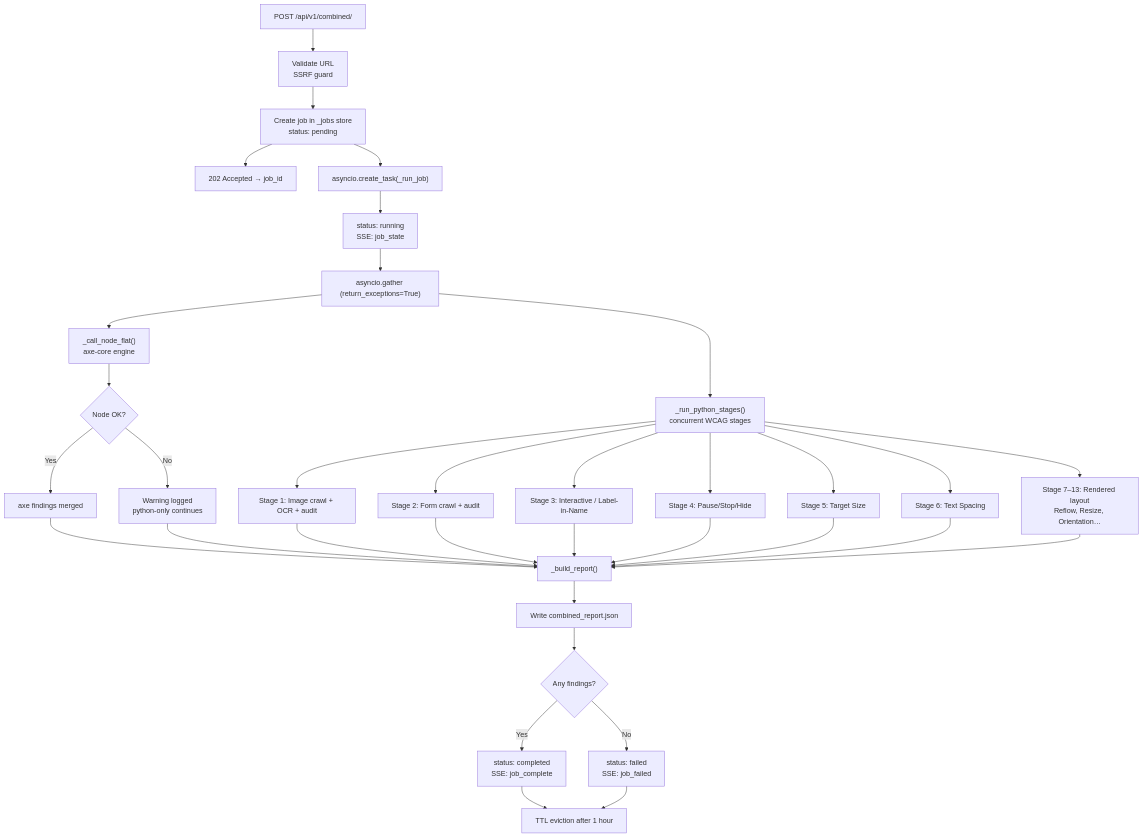
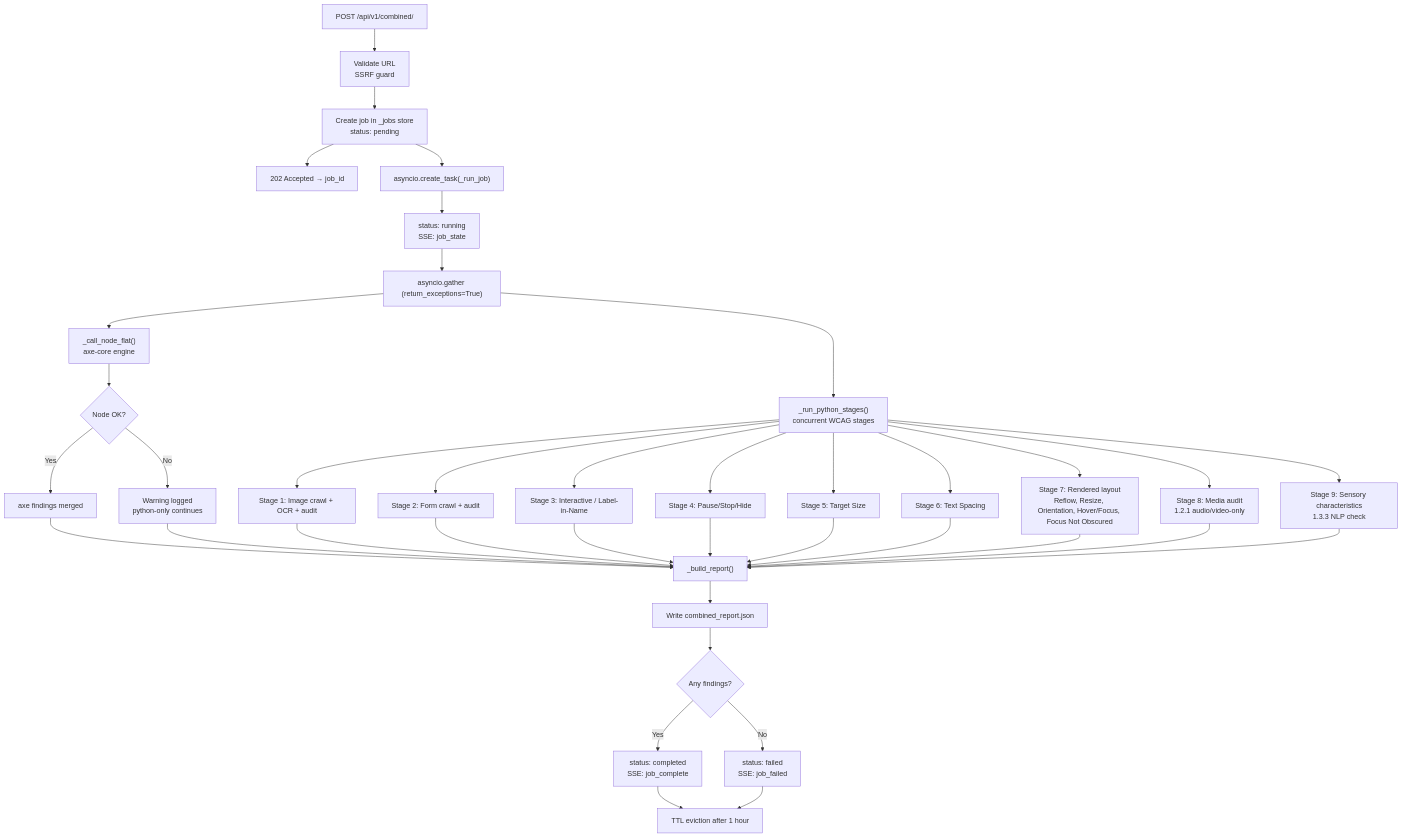
The third of 8 diagrams in ka11y-docs/architecture.mdx (Sanjaypranavbc/ka11y), drawn with Mermaid before and after one commit. The commit also changed other lines of this file and 7 other files, not shown here.

````diff
--- a/ka11y-docs/architecture.mdx
+++ b/ka11y-docs/architecture.mdx
@@ -96,41 +96,45 @@
 ```mermaid
 graph TD
     A["POST /api/v1/combined/"] --> B["Validate URL\nSSRF guard"]
     B --> C["Create job in _jobs store\nstatus: pending"]
     C --> D["202 Accepted → job_id"]
     C --> E["asyncio.create_task(_run_job)"]
     E --> F["status: running\nSSE: job_state"]
 
     F --> G["asyncio.gather (return_exceptions=True)"]
     G --> H["_call_node_flat()\naxe-core engine"]
     G --> I["_run_python_stages()\nconcurrent WCAG stages"]
 
     H --> J{Node OK?}
     J -->|Yes| K["axe findings merged"]
     J -->|No| L["Warning logged\npython-only continues"]
 
     I --> M["Stage 1: Image crawl + OCR + audit"]
     I --> N["Stage 2: Form crawl + audit"]
     I --> O["Stage 3: Interactive / Label-in-Name"]
     I --> P["Stage 4: Pause/Stop/Hide"]
     I --> Q["Stage 5: Target Size"]
     I --> R["Stage 6: Text Spacing"]
-    I --> S["Stage 7–13: Rendered layout\nReflow, Resize, Orientation…"]
+    I --> S["Stage 7: Rendered layout\nReflow, Resize, Orientation, Hover/Focus, Focus Not Obscured"]
+    I --> S1["Stage 8: Media audit\n1.2.1 audio/video-only"]
+    I --> S2["Stage 9: Sensory characteristics\n1.3.3 NLP check"]
 
     K --> T["_build_report()"]
     L --> T
     M --> T
     N --> T
     O --> T
     P --> T
     Q --> T
     R --> T
     S --> T
+    S1 --> T
+    S2 --> T
 
     T --> U["Write combined_report.json"]
     U --> V{Any findings?}
     V -->|Yes| W["status: completed\nSSE: job_complete"]
     V -->|No| X["status: failed\nSSE: job_failed"]
     W --> Y["TTL eviction after 1 hour"]
     X --> Y
 ```
````
